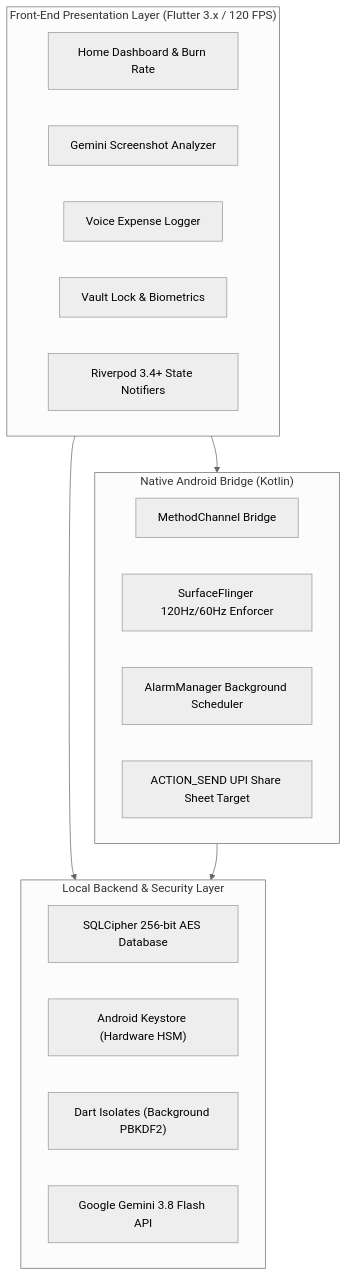
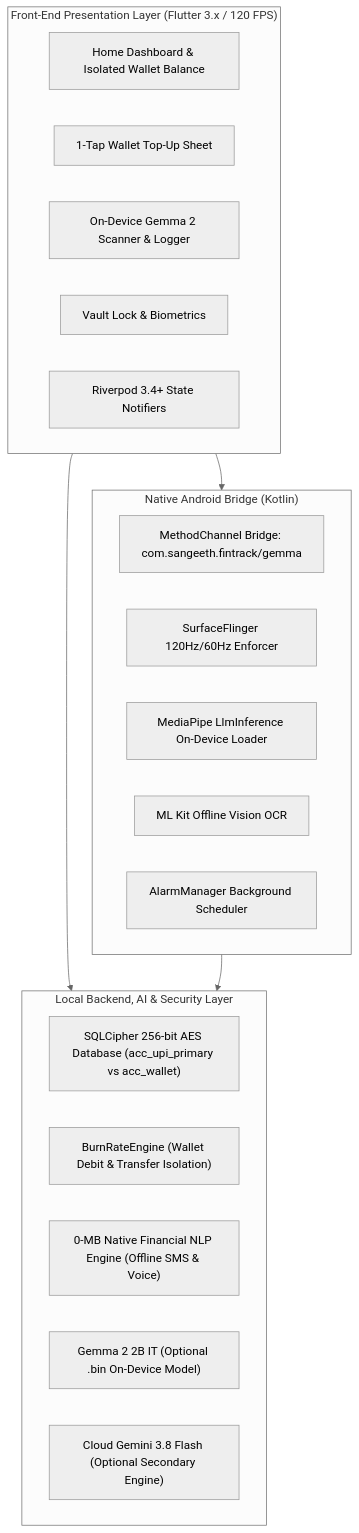
Before and after one commit to sangeeth2008/FinTrack-AI: the diagram in README.md, drawn with Mermaid (neutral theme). The commit also changed other lines of this file and 18 other files, not shown here.

Commit message:
feat: integrate 100% on-device Gemma 2 local AI, isolated Wallet ledger & top-up flow, and build production APK

````diff
--- a/README.md
+++ b/README.md
@@ -74,28 +87,30 @@
 ```mermaid
 graph TD
     subgraph UI ["Front-End Presentation Layer (Flutter 3.x / 120 FPS)"]
-        A1["Home Dashboard & Burn Rate"]
-        A2["Gemini Screenshot Analyzer"]
-        A3["Voice Expense Logger"]
+        A1["Home Dashboard & Isolated Wallet Balance"]
+        A2["1-Tap Wallet Top-Up Sheet"]
+        A3["On-Device Gemma 2 Scanner & Logger"]
         A4["Vault Lock & Biometrics"]
         A5["Riverpod 3.4+ State Notifiers"]
     end
 
     subgraph OS ["Native Android Bridge (Kotlin)"]
-        B1["MethodChannel Bridge"]
+        B1["MethodChannel Bridge: com.sangeeth.fintrack/gemma"]
         B2["SurfaceFlinger 120Hz/60Hz Enforcer"]
-        B3["AlarmManager Background Scheduler"]
-        B4["ACTION_SEND UPI Share Sheet Target"]
+        B3["MediaPipe LlmInference On-Device Loader"]
+        B4["ML Kit Offline Vision OCR"]
+        B5["AlarmManager Background Scheduler"]
     end
 
-    subgraph Core ["Local Backend & Security Layer"]
-        C1["SQLCipher 256-bit AES Database"]
-        C2["Android Keystore (Hardware HSM)"]
-        C3["Dart Isolates (Background PBKDF2)"]
-        C4["Google Gemini 3.8 Flash API"]
+    subgraph Core ["Local Backend, AI & Security Layer"]
+        C1["SQLCipher 256-bit AES Database (acc_upi_primary vs acc_wallet)"]
+        C2["BurnRateEngine (Wallet Debit & Transfer Isolation)"]
+        C3["0-MB Native Financial NLP Engine (Offline SMS & Voice)"]
+        C4["Gemma 2 2B IT (Optional .bin On-Device Model)"]
+        C5["Cloud Gemini 3.8 Flash (Optional Secondary Engine)"]
     end
 
     UI --> OS
     UI --> Core
     OS --> Core
 ```
````
